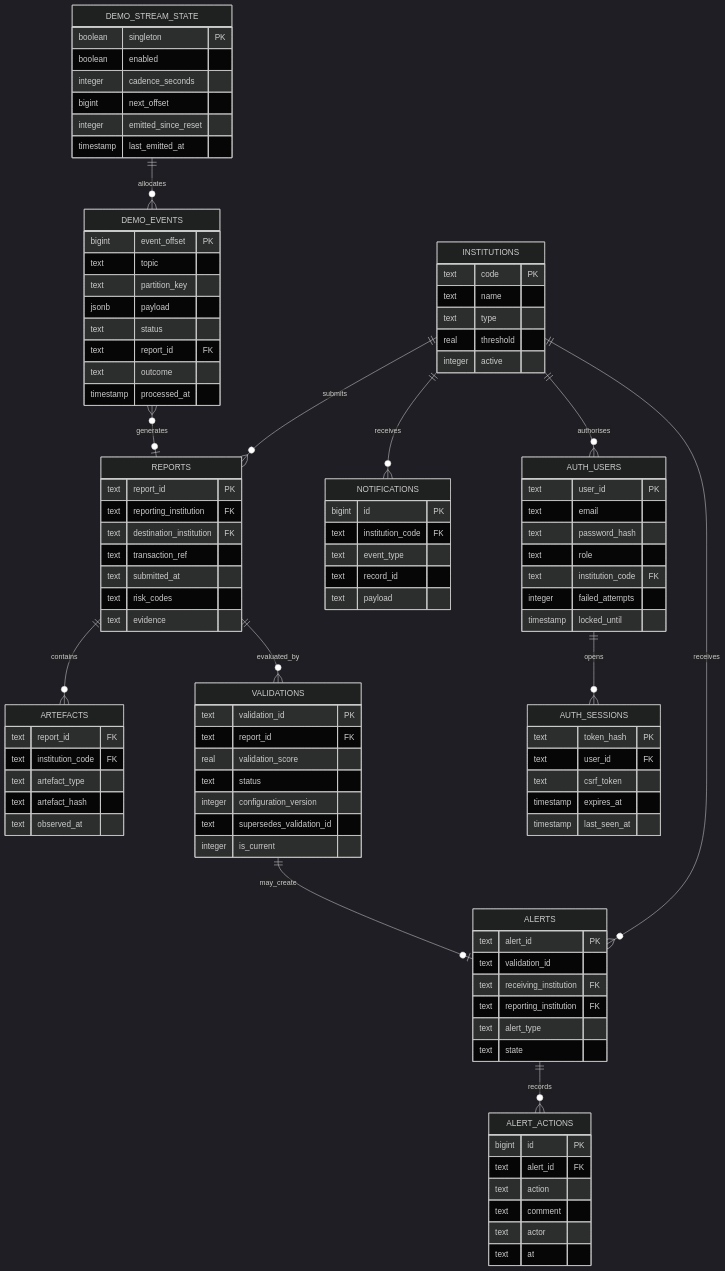
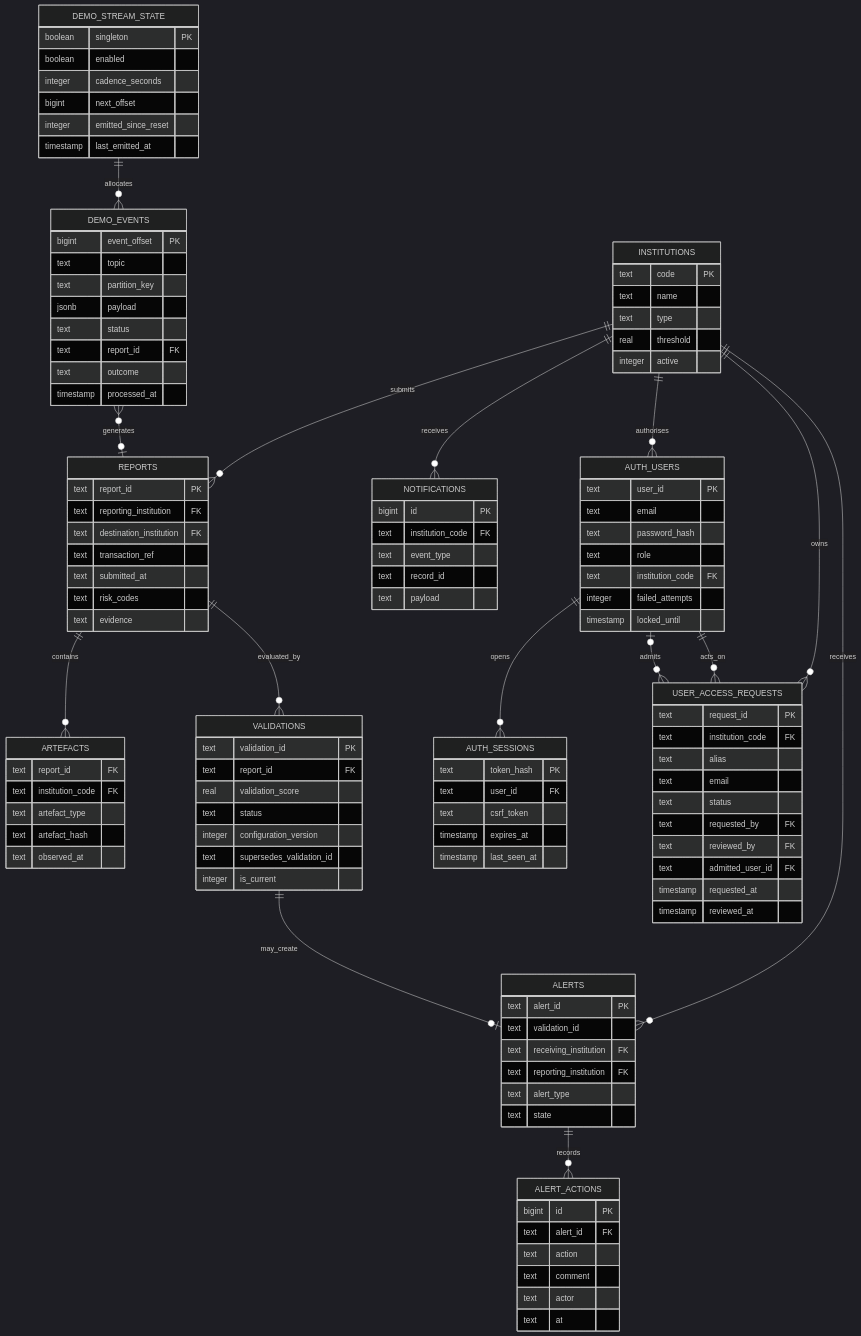
Before and after one commit to tmjoris/kifaru: the ninth of 10 diagrams in README.md, drawn with Mermaid (dark theme). The commit also changed other lines of this file and 11 other files, not shown here.

Commit message:
Add institution user admission workflow

```diff
--- a/README.md
+++ b/README.md
@@ -363,6 +400,9 @@
     INSTITUTIONS ||--o{ NOTIFICATIONS : receives
     INSTITUTIONS ||--o{ AUTH_USERS : authorises
     AUTH_USERS ||--o{ AUTH_SESSIONS : opens
+    INSTITUTIONS ||--o{ USER_ACCESS_REQUESTS : owns
+    AUTH_USERS ||--o{ USER_ACCESS_REQUESTS : acts_on
+    USER_ACCESS_REQUESTS }o--o| AUTH_USERS : admits
     DEMO_STREAM_STATE ||--o{ DEMO_EVENTS : allocates
     DEMO_EVENTS }o--o| REPORTS : generates
 
@@ -437,6 +477,18 @@
         timestamp expires_at
         timestamp last_seen_at
     }
+    USER_ACCESS_REQUESTS {
+        text request_id PK
+        text institution_code FK
+        text alias
+        text email
+        text status
+        text requested_by FK
+        text reviewed_by FK
+        text admitted_user_id FK
+        timestamp requested_at
+        timestamp reviewed_at
+    }
     DEMO_STREAM_STATE {
         boolean singleton PK
         boolean enabled
```
